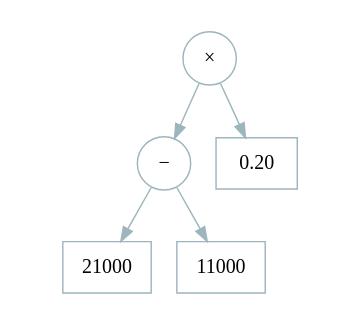
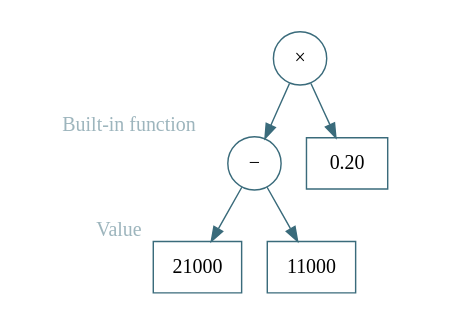
The diagram in images/graphviz/eg-tax-calc-expression-tree.dot (triangle-man/intro-to-cellular-talk), drawn with Graphviz before and after one commit. The commit also changed 22 other files, not shown here.

```diff
--- a/images/graphviz/eg-tax-calc-expression-tree.dot
+++ b/images/graphviz/eg-tax-calc-expression-tree.dot
@@ -1,17 +1,21 @@
 digraph taxcalc {
 
 graph [rankdir = "TB";
        pad = "0.5,0.2";
        ]
 
-edge [color = "#9db5bd"];
+edge [color = "#3a6b7b"];
 
 node [shape = circle;
-      color = "#9db5bd"];
+      color = "#3a6b7b"];
 
 "−" -> {node [shape = box];
 	"21000" "11000"};
 
 "×" -> {"−" " 0.20 " [shape = box]};
 
+"21000" [xlabel = <<font color="#9db5bd">Value</font>>];
+"−" [xlabel = <<font color="#9db5bd">Built-in function</font>>];
+
+
 }
```
